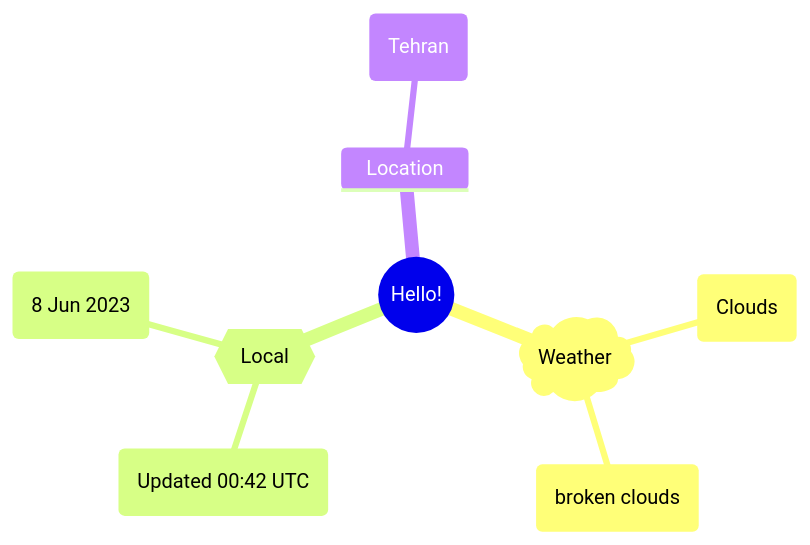
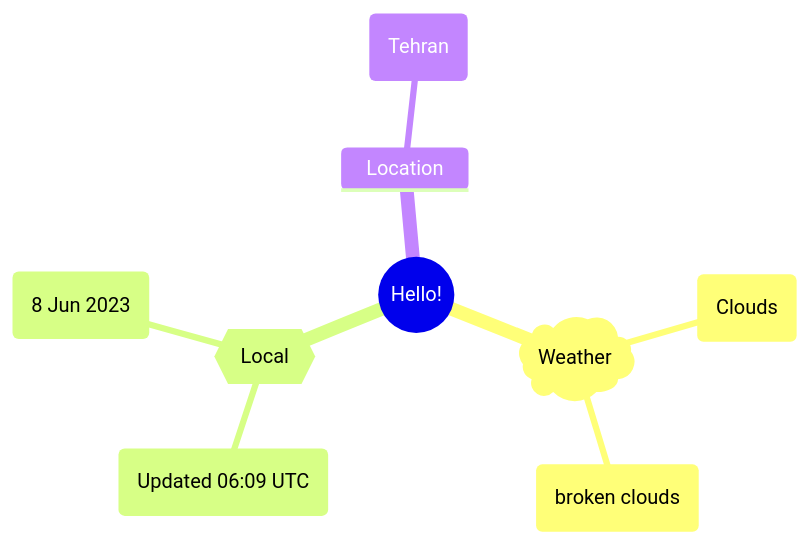
The first of 2 diagrams in README.md (Xosrov/Xosrov), drawn with Mermaid before and after one commit.

Commit message:
[bot] updated images

````diff
--- a/README.md
+++ b/README.md
@@ -3,12 +3,12 @@
 ```mermaid
 mindmap
   root((Hello!))
     )Weather(
         (Clouds)
         (broken clouds)
     {{Local}}
-        (Updated 00:42 UTC)
+        (Updated 06:09 UTC)
         (8 Jun 2023)
     Location
         (Tehran)
 ```
````
